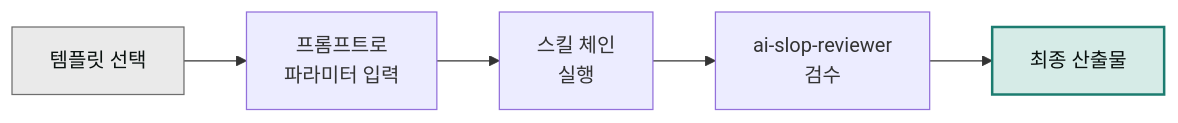
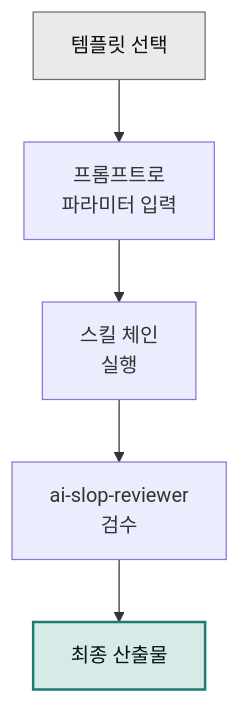
The diagram in content/cookbook/templates/_index.md (modu-ai/claude), drawn with Mermaid before and after one commit. The commit also changed 92 other files, not shown here.

````diff
--- a/content/cookbook/templates/_index.md
+++ b/content/cookbook/templates/_index.md
@@ -10,10 +10,10 @@
 ```mermaid
-flowchart LR
+flowchart TD
     A["템플릿 선택"] --> B["프롬프트로<br/>파라미터 입력"]
     B --> C["스킬 체인<br/>실행"]
     C --> D["ai-slop-reviewer<br/>검수"]
     D --> E["최종 산출물"]
 
     style A fill:#eaeaea,stroke:#6e6e6e,color:#09110f
     style E fill:#d6ebe7,stroke:#1c7c70,stroke-width:2px,color:#09110f
 ```
````
